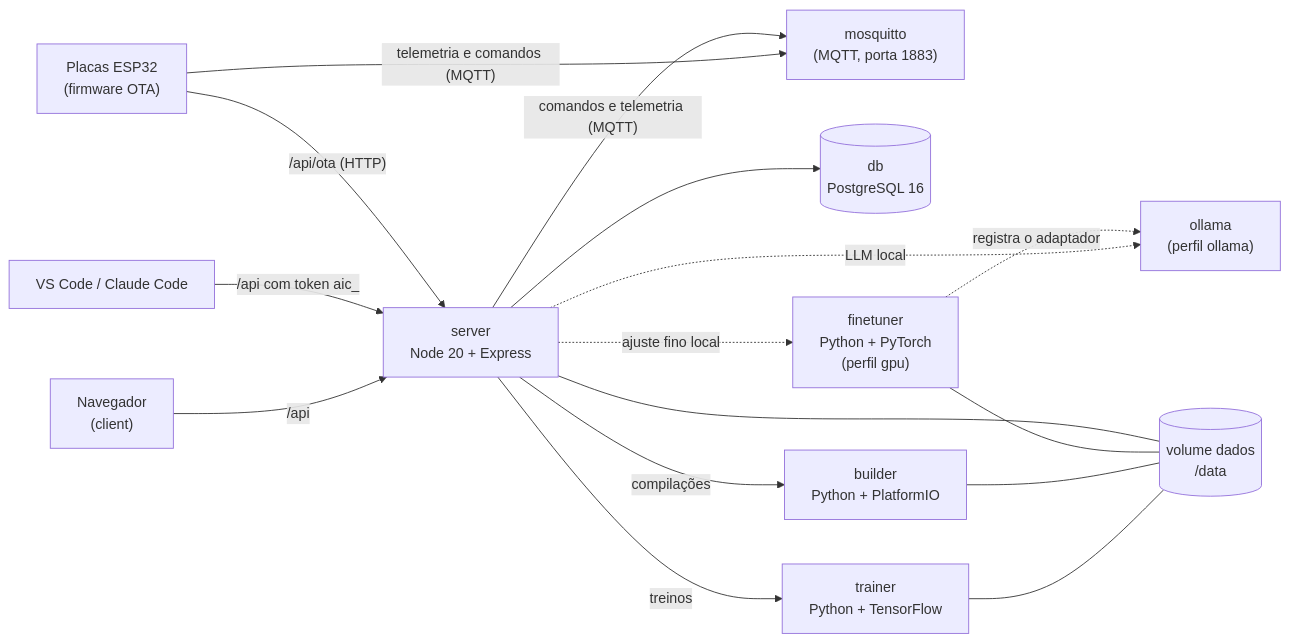
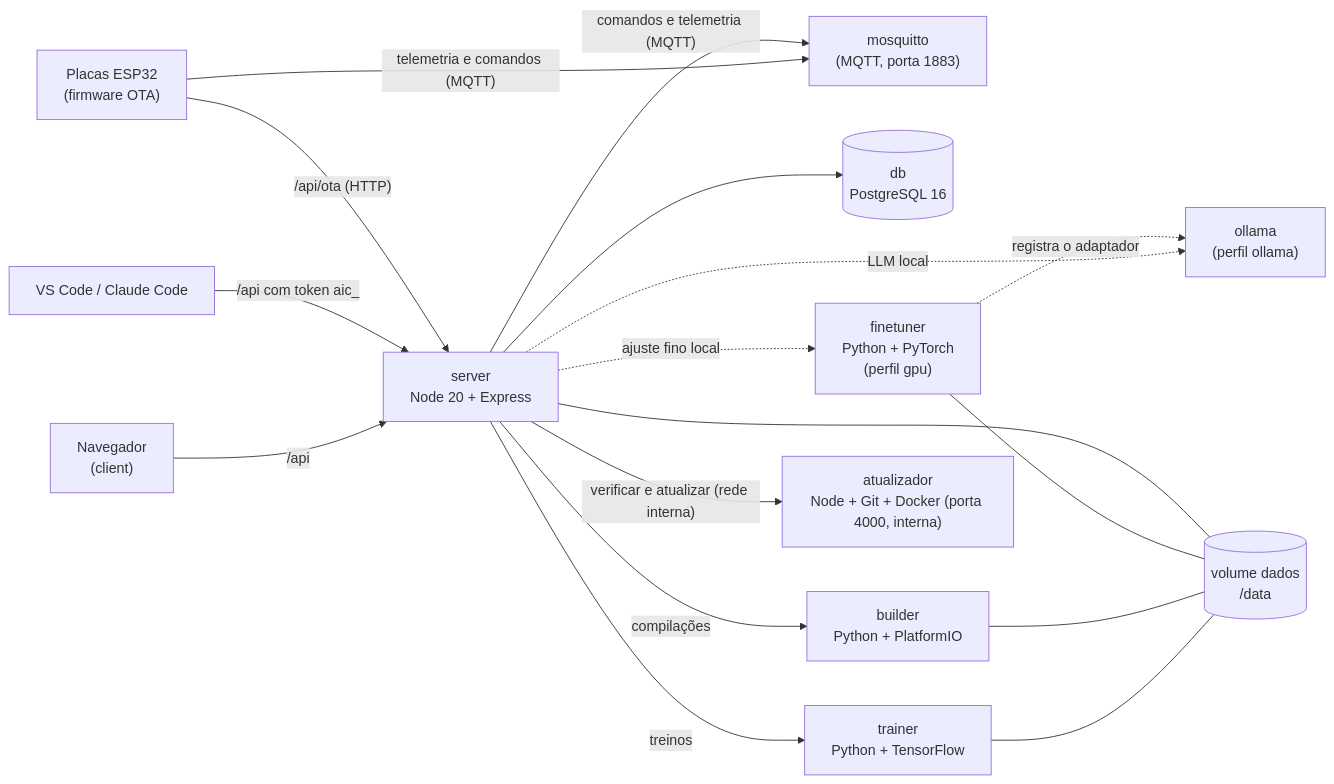
The diagram in README.md (marco3079/ai-creator), drawn with Mermaid before and after one commit. The commit also changed other lines of this file and 24 other files, not shown here.

First line of the commit message:
feat: atualizador — atualizar pelo GitHub a partir do painel

````diff
--- a/README.md
+++ b/README.md
@@ -171,18 +184,19 @@
 ```mermaid
 flowchart LR
   navegador["Navegador<br/>(client)"] -->|"/api"| server["server<br/>Node 20 + Express"]
   vscode["VS Code / Claude Code"] -->|"/api com token aic_"| server
   placas["Placas ESP32<br/>(firmware OTA)"] -->|"/api/ota (HTTP)"| server
   placas -->|"telemetria e comandos (MQTT)"| mosquitto["mosquitto<br/>(MQTT, porta 1883)"]
   server -->|"comandos e telemetria (MQTT)"| mosquitto
   server --> db[("db<br/>PostgreSQL 16")]
   server -->|"treinos"| trainer["trainer<br/>Python + TensorFlow"]
   server -->|"compilações"| builder["builder<br/>Python + PlatformIO"]
   server -.->|"LLM local"| ollama["ollama<br/>(perfil ollama)"]
   server -.->|"ajuste fino local"| finetuner["finetuner<br/>Python + PyTorch<br/>(perfil gpu)"]
   finetuner -.->|"registra o adaptador"| ollama
+  server -->|"verificar e atualizar (rede interna)"| atualizador["atualizador<br/>Node + Git + Docker (porta 4000, interna)"]
   trainer --- dados[("volume dados<br/>/data")]
   builder --- dados
   finetuner --- dados
   server --- dados
 ```
````
